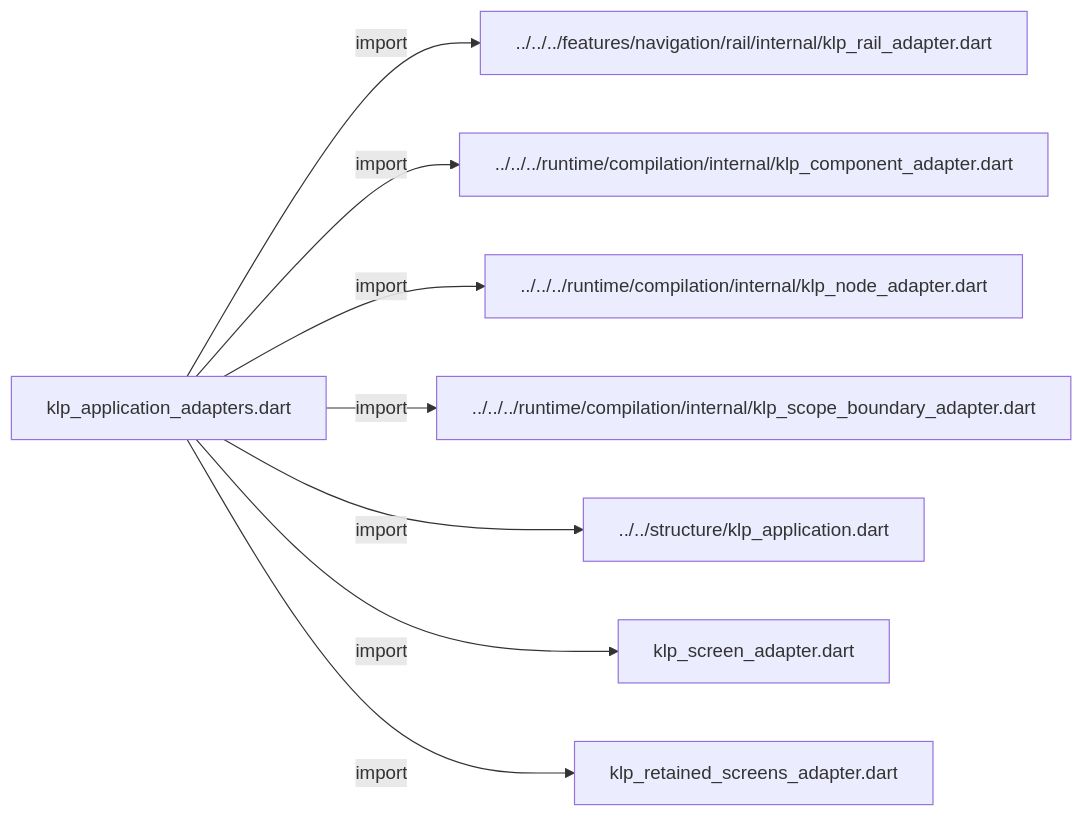
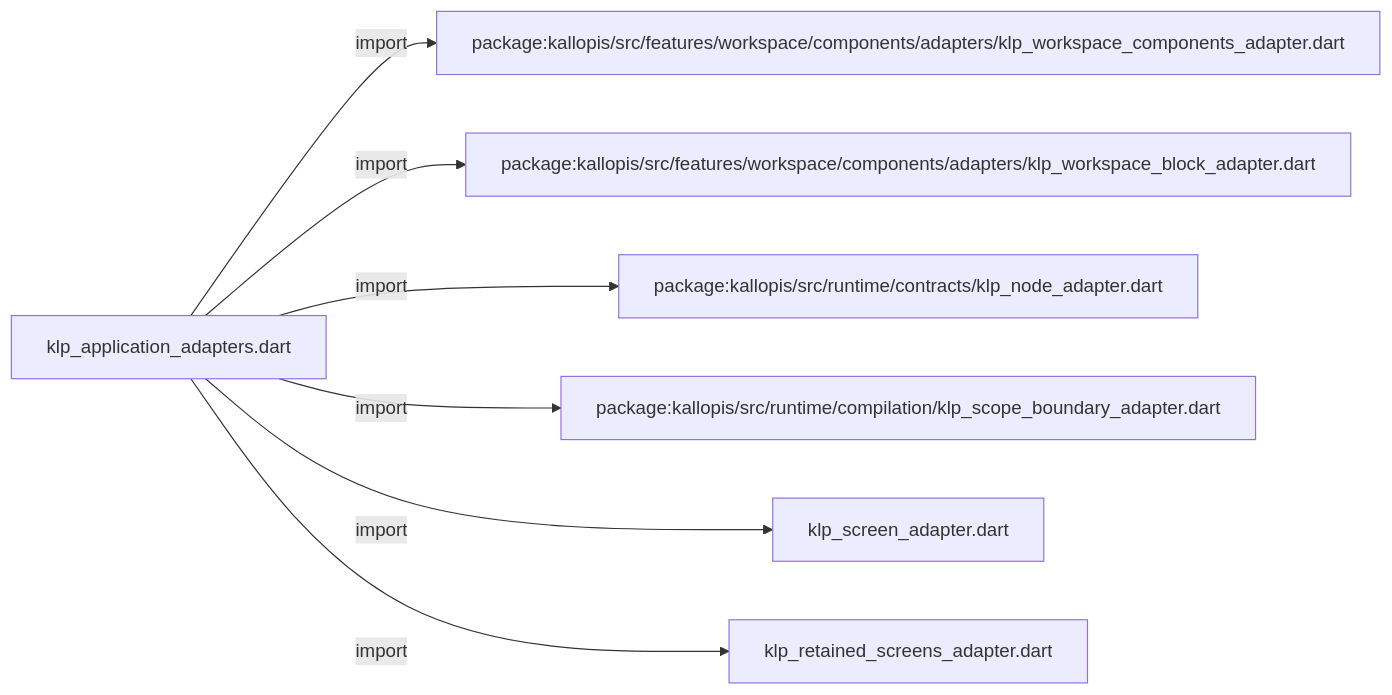
The second of 2 diagrams in docs/architecture/src/application/bootstrap/internal/klp_application_adapters.md (MiuDog/Kallopis), drawn with Mermaid before and after one commit. The commit also changed other lines of this file and 2796 other files, not shown here.

````diff
--- a/docs/architecture/src/application/bootstrap/internal/klp_application_adapters.md
+++ b/docs/architecture/src/application/bootstrap/internal/klp_application_adapters.md
@@ -11,18 +38,16 @@
 ```mermaid
 flowchart LR
 	n0["klp_application_adapters.dart"]
-	n1["../../../features/navigation/rail/internal/klp_rail_adapter.dart"]
-	n2["../../../runtime/compilation/internal/klp_component_adapter.dart"]
-	n3["../../../runtime/compilation/internal/klp_node_adapter.dart"]
-	n4["../../../runtime/compilation/internal/klp_scope_boundary_adapter.dart"]
-	n5["../../structure/klp_application.dart"]
-	n6["klp_screen_adapter.dart"]
-	n7["klp_retained_screens_adapter.dart"]
+	n1["package:kallopis/src/features/workspace/components/adapters/klp_workspace_components_adapter.dart"]
+	n2["package:kallopis/src/features/workspace/components/adapters/klp_workspace_block_adapter.dart"]
+	n3["package:kallopis/src/runtime/contracts/klp_node_adapter.dart"]
+	n4["package:kallopis/src/runtime/compilation/klp_scope_boundary_adapter.dart"]
+	n5["klp_screen_adapter.dart"]
+	n6["klp_retained_screens_adapter.dart"]
 	n0 -->|"import"| n1
 	n0 -->|"import"| n2
 	n0 -->|"import"| n3
 	n0 -->|"import"| n4
 	n0 -->|"import"| n5
 	n0 -->|"import"| n6
-	n0 -->|"import"| n7
 ```
````
